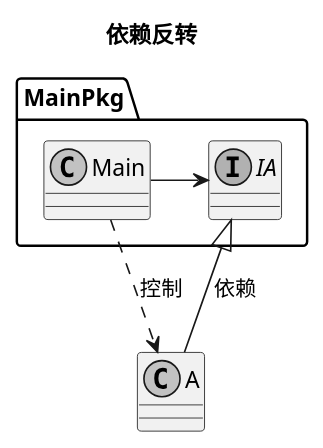
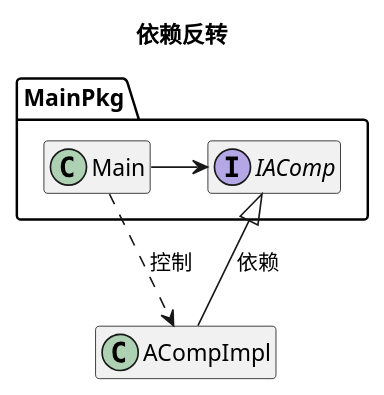
The diagram in source/_posts/dig/ioc-02.puml (a2dict/a2dblog-src), drawn with PlantUML before and after one commit. The commit also changed 9 other files, not shown here.

```diff
--- a/source/_posts/dig/ioc-02.puml
+++ b/source/_posts/dig/ioc-02.puml
@@ -1,11 +1,12 @@
 @startuml 
-skinparam monochrome true
+' skinparam monochrome true
+hide members
 title 依赖反转
 
 package MainPkg {
-interface IA
-Main -> IA
+interface IAComp
+Main -> IAComp
 }
-IA <|-- A : 依赖
-Main ..> A :控制
+IAComp <|-- ACompImpl : 依赖
+Main ..> ACompImpl :控制
 @enduml
```
